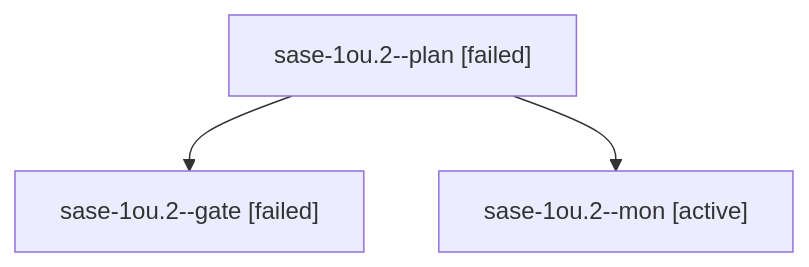
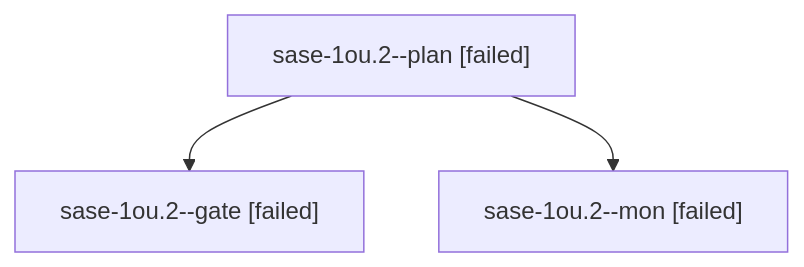
One commit to sase-org/sase--agents changed the diagram in sessions/bbugyi200.athena.sase-1ou.2.md. Above: the diagram before and after it, drawn with Mermaid. The commit also changed other lines of this file and 99 other files, not shown here.

````diff
--- a/sessions/bbugyi200.athena.sase-1ou.2.md
+++ b/sessions/bbugyi200.athena.sase-1ou.2.md
@@ -9,8 +9,8 @@
 ```mermaid
 flowchart TD
   n0["sase-1ou.2--plan [failed]"]
   n1["sase-1ou.2--gate [failed]"]
   n0 --> n1
-  n2["sase-1ou.2--mon [active]"]
+  n2["sase-1ou.2--mon [failed]"]
   n0 --> n2
 ```
````
